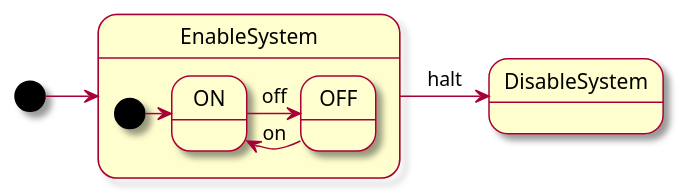
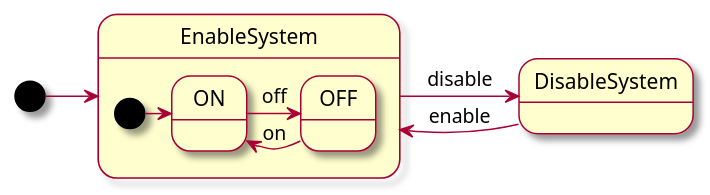
One commit to Lecrapouille/PlantUMLStatecharts changed the diagram in examples/SimpleComposite.plantuml. Above: the diagram before and after it, drawn with PlantUML. The commit also changed 1 other file, not shown here.

```diff
--- a/examples/SimpleComposite.plantuml
+++ b/examples/SimpleComposite.plantuml
@@ -1,14 +1,15 @@
 @startuml
 skin rose
 
 [*] -> EnableSystem
 
 state EnableSystem {
   [*] -> ON
   ON -> OFF : off
   OFF -> ON : on
 }
 
-EnableSystem -> DisableSystem : halt
+EnableSystem -> DisableSystem : disable
+EnableSystem <- DisableSystem : enable
 
 @enduml
```
